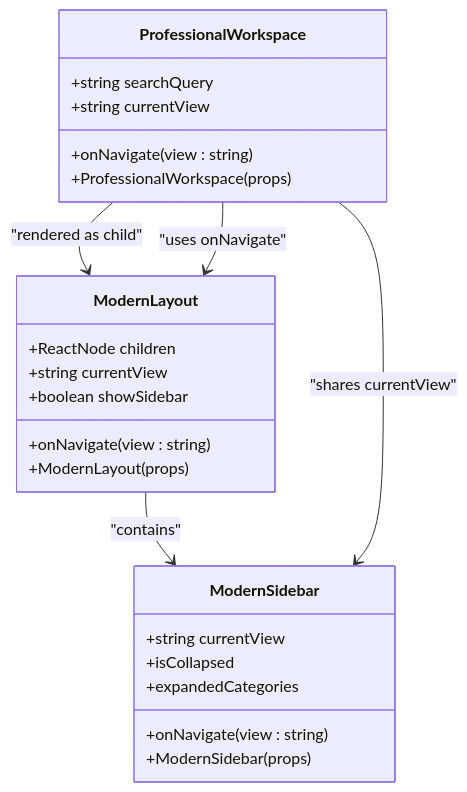
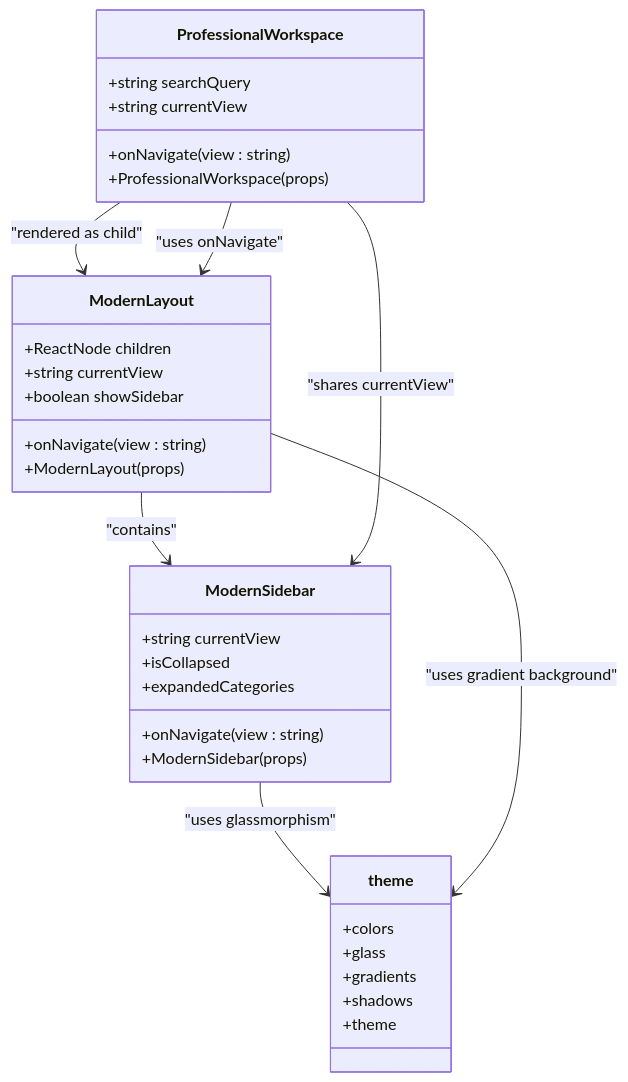
One commit to Latif080790/APP-STRUKTUR-BLACKBOX changed the third of 4 diagrams in .qoder/repowiki/en/content/Core Architecture/UI Layout Structure/Layout Container.md. Above: the diagram before and after it, drawn with Mermaid. The commit also changed other lines of this file and 26 other files, not shown here.

````diff
--- a/.qoder/repowiki/en/content/Core Architecture/UI Layout Structure/Layout Container.md
+++ b/.qoder/repowiki/en/content/Core Architecture/UI Layout Structure/Layout Container.md
@@ -96,27 +110,36 @@
 ```mermaid
 classDiagram
 class ProfessionalWorkspace {
 +string searchQuery
 +string currentView
 +onNavigate(view : string)
 +ProfessionalWorkspace(props)
 }
 class ModernLayout {
 +ReactNode children
 +string currentView
 +onNavigate(view : string)
 +boolean showSidebar
 +ModernLayout(props)
 }
 class ModernSidebar {
 +string currentView
 +onNavigate(view : string)
 +isCollapsed
 +expandedCategories
 +ModernSidebar(props)
 }
+class theme {
++colors
++glass
++gradients
++shadows
++theme
+}
 ProfessionalWorkspace --> ModernLayout : "rendered as child"
 ModernLayout --> ModernSidebar : "contains"
 ProfessionalWorkspace --> ModernSidebar : "shares currentView"
 ProfessionalWorkspace --> ModernLayout : "uses onNavigate"
+ModernSidebar --> theme : "uses glassmorphism"
+ModernLayout --> theme : "uses gradient background"
 ```
````
